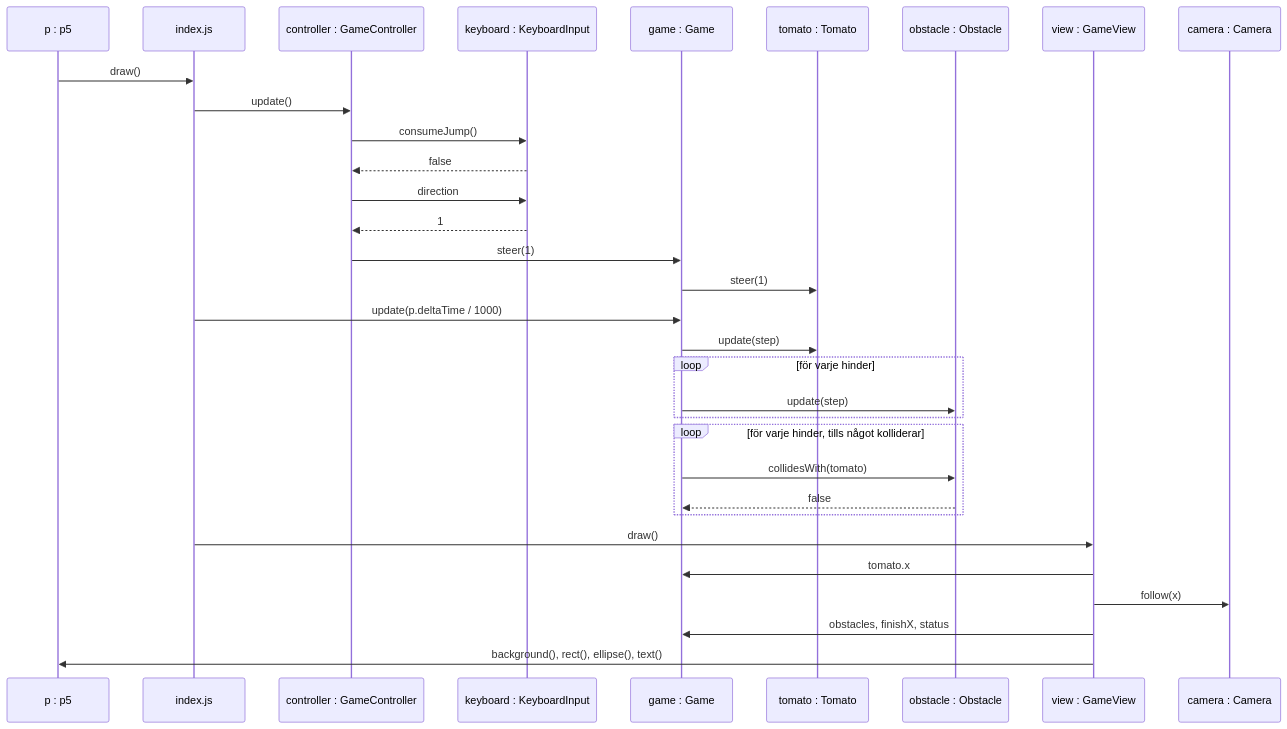
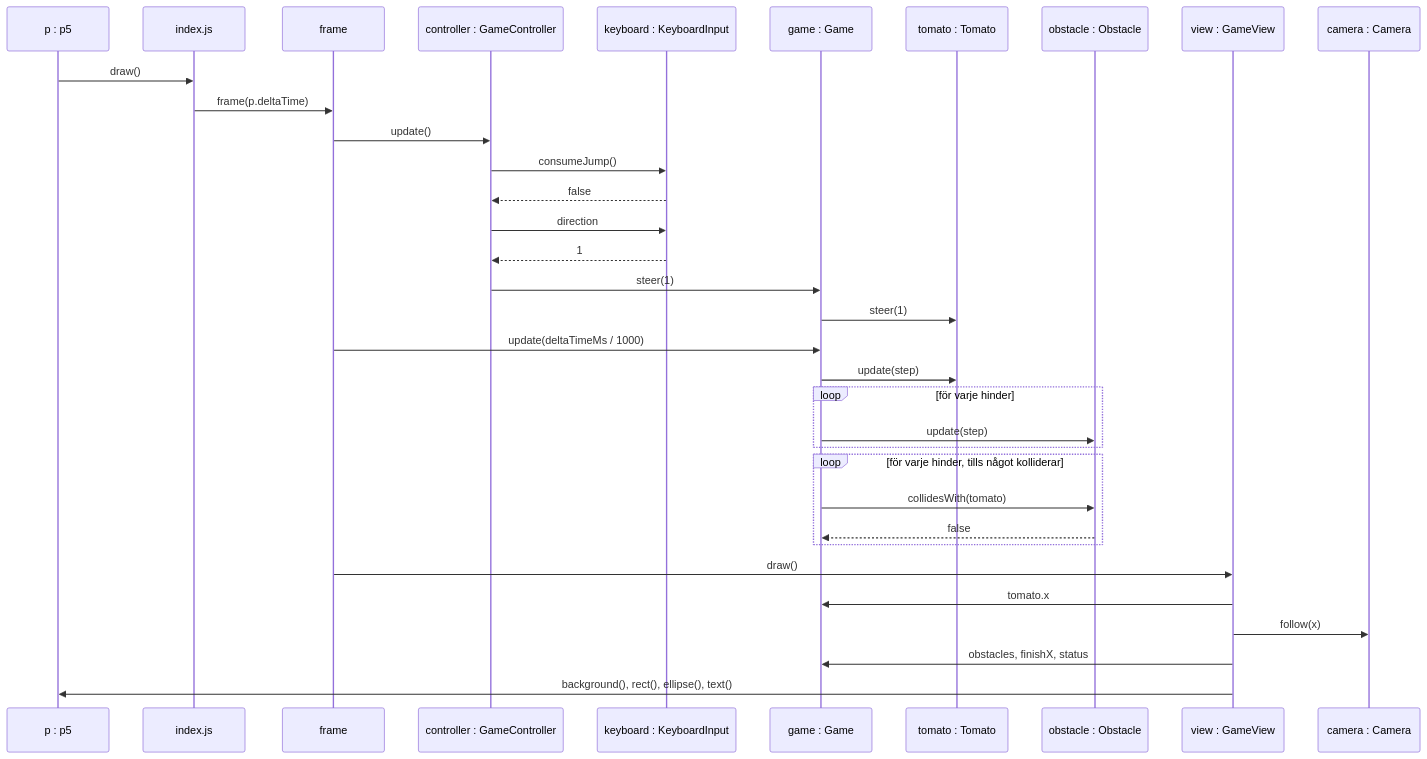
One commit to 1dv610/ripe-tomato changed the sixth of 9 diagrams in MVC_DESIGN.md. Above: the diagram before and after it, drawn with Mermaid. The commit also changed other lines of this file and 1 other file, not shown here.

````diff
--- a/MVC_DESIGN.md
+++ b/MVC_DESIGN.md
@@ -757,38 +770,40 @@
 ```mermaid
 sequenceDiagram
     participant P as p : p5
     participant S as index.js
+    participant F as frame
     participant C as controller : GameController
     participant K as keyboard : KeyboardInput
     participant G as game : Game
     participant T as tomato : Tomato
     participant O as obstacle : Obstacle
     participant V as view : GameView
     participant Cam as camera : Camera
 
     P->>S: draw()
+    S->>F: frame(p.deltaTime)
 
-    S->>C: update()
+    F->>C: update()
     C->>K: consumeJump()
     K-->>C: false
     C->>K: direction
     K-->>C: 1
     C->>G: steer(1)
     G->>T: steer(1)
 
-    S->>G: update(p.deltaTime / 1000)
+    F->>G: update(deltaTimeMs / 1000)
     G->>T: update(step)
     loop för varje hinder
         G->>O: update(step)
     end
     loop för varje hinder, tills något kolliderar
         G->>O: collidesWith(tomato)
         O-->>G: false
     end
 
-    S->>V: draw()
+    F->>V: draw()
     V->>G: tomato.x
     V->>Cam: follow(x)
     V->>G: obstacles, finishX, status
     V->>P: background(), rect(), ellipse(), text()
 ```
````
